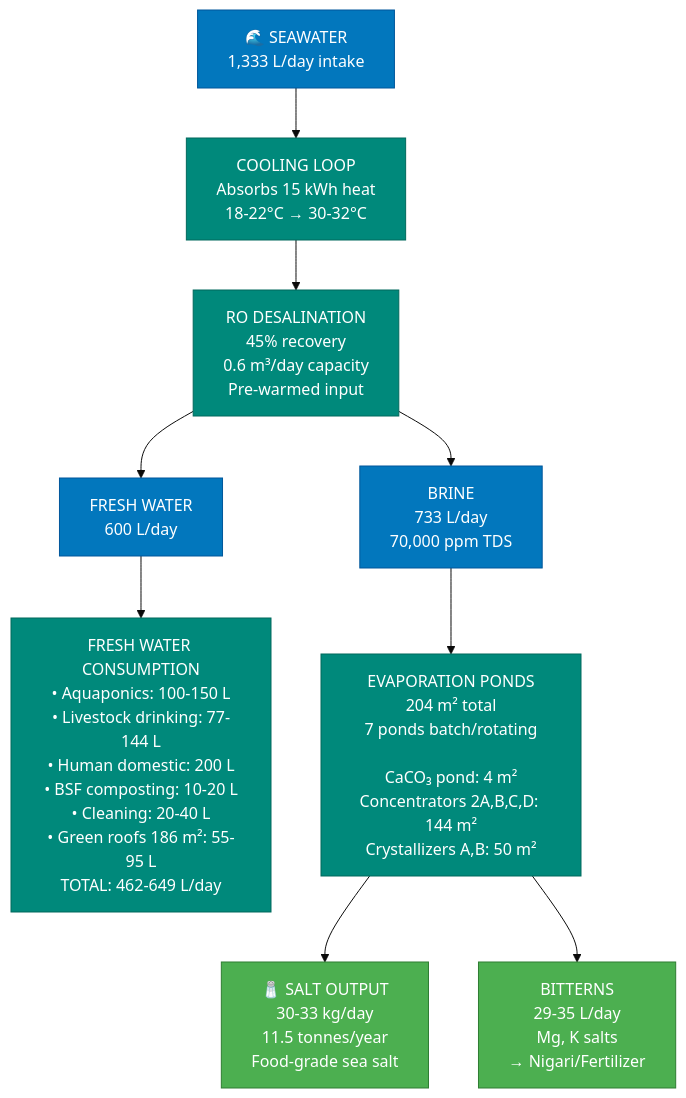
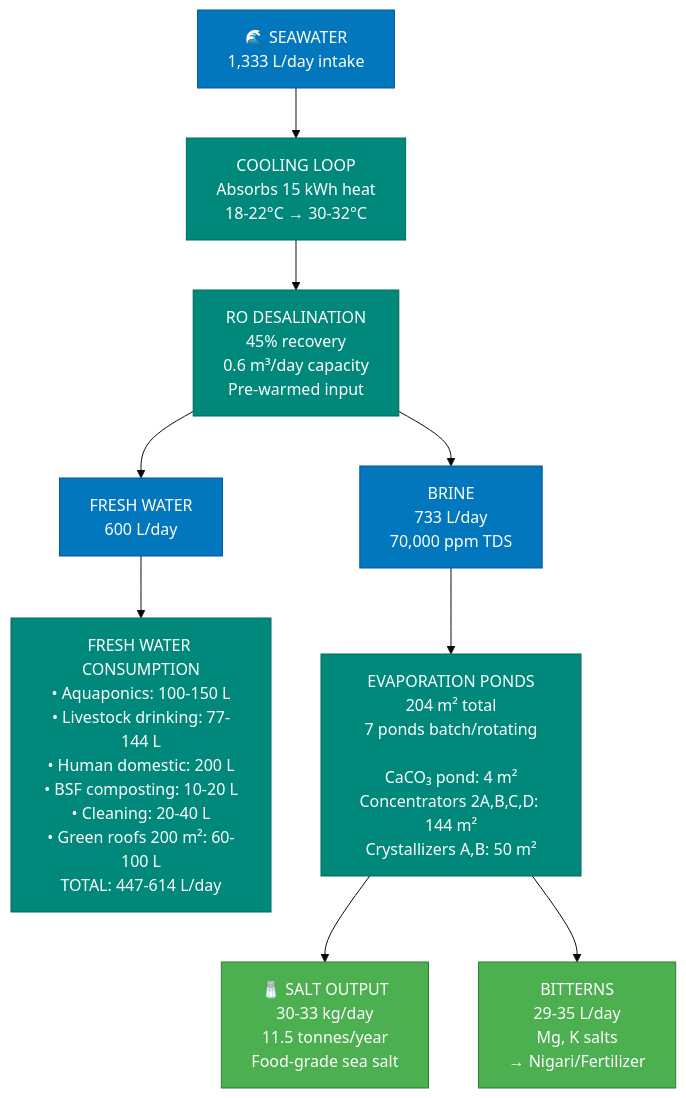
One commit to wadekaple/terraform changed the fifth of 8 diagrams in research/homestead-system-flowchart.md. Above: the diagram before and after it, drawn with Mermaid. The commit also changed other lines of this file and 8 other files, not shown here.

````diff
--- a/research/homestead-system-flowchart.md
+++ b/research/homestead-system-flowchart.md
@@ -322,40 +322,40 @@
 ```mermaid
 %%{init: {'theme':'base'}}%%
 graph TB
     SW[🌊 SEAWATER<br/>1,333 L/day intake]
 
     COOL[COOLING LOOP<br/>Absorbs 15 kWh heat<br/>18-22°C → 30-32°C]
 
     RO[RO DESALINATION<br/>45% recovery<br/>0.6 m³/day capacity<br/>Pre-warmed input]
 
     FRESH[FRESH WATER<br/>600 L/day]
     BRINE[BRINE<br/>733 L/day<br/>70,000 ppm TDS]
 
-    CONSUMED[FRESH WATER CONSUMPTION<br/>• Aquaponics: 100-150 L<br/>• Livestock drinking: 77-144 L<br/>• Human domestic: 200 L<br/>• BSF composting: 10-20 L<br/>• Cleaning: 20-40 L<br/>• Green roofs 186 m²: 55-95 L<br/>TOTAL: 462-649 L/day]
+    CONSUMED[FRESH WATER CONSUMPTION<br/>• Aquaponics: 100-150 L<br/>• Livestock drinking: 77-144 L<br/>• Human domestic: 200 L<br/>• BSF composting: 10-20 L<br/>• Cleaning: 20-40 L<br/>• Green roofs 200 m²: 60-100 L<br/>TOTAL: 447-614 L/day]
 
     PONDS[EVAPORATION PONDS<br/>204 m² total<br/>7 ponds batch/rotating<br/><br/>CaCO₃ pond: 4 m²<br/>Concentrators 2A,B,C,D: 144 m²<br/>Crystallizers A,B: 50 m²]
 
     SALT[🧂 SALT OUTPUT<br/>30-33 kg/day<br/>11.5 tonnes/year<br/>Food-grade sea salt]
 
     BITTERNS[BITTERNS<br/>29-35 L/day<br/>Mg, K salts<br/>→ Nigari/Fertilizer]
 
     SW --> COOL
     COOL --> RO
 
     RO --> FRESH
     RO --> BRINE
 
     FRESH --> CONSUMED
     BRINE --> PONDS
 
     PONDS --> SALT
     PONDS --> BITTERNS
 
     classDef water fill:#0277bd,stroke:#01579b,color:#fff
     classDef process fill:#00897b,stroke:#00695c,color:#fff
     classDef output fill:#4caf50,stroke:#2e7d32,color:#fff
 
     class SW,FRESH,BRINE water
     class COOL,RO,CONSUMED,PONDS process
     class SALT,BITTERNS output
 ```
````
